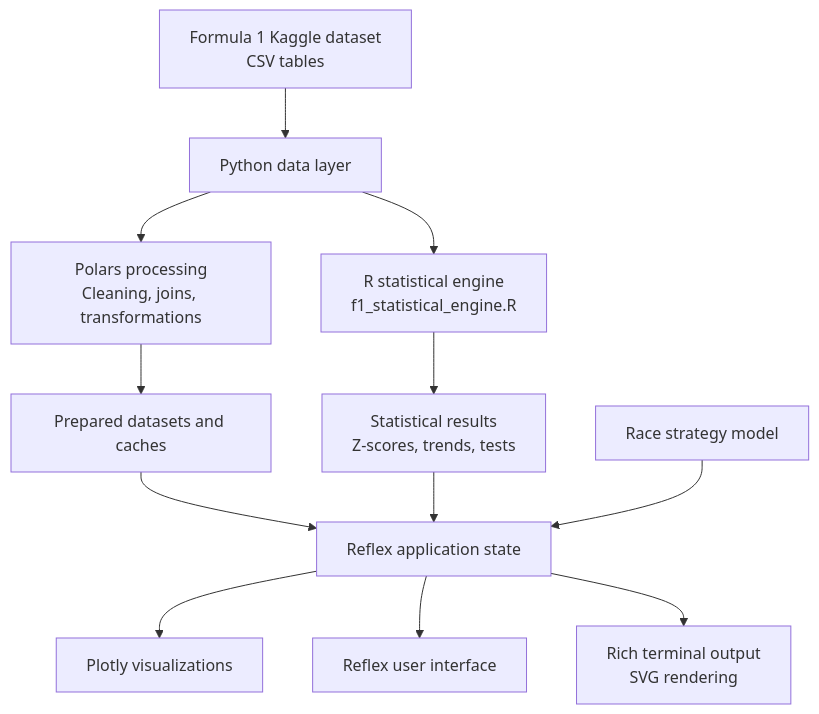
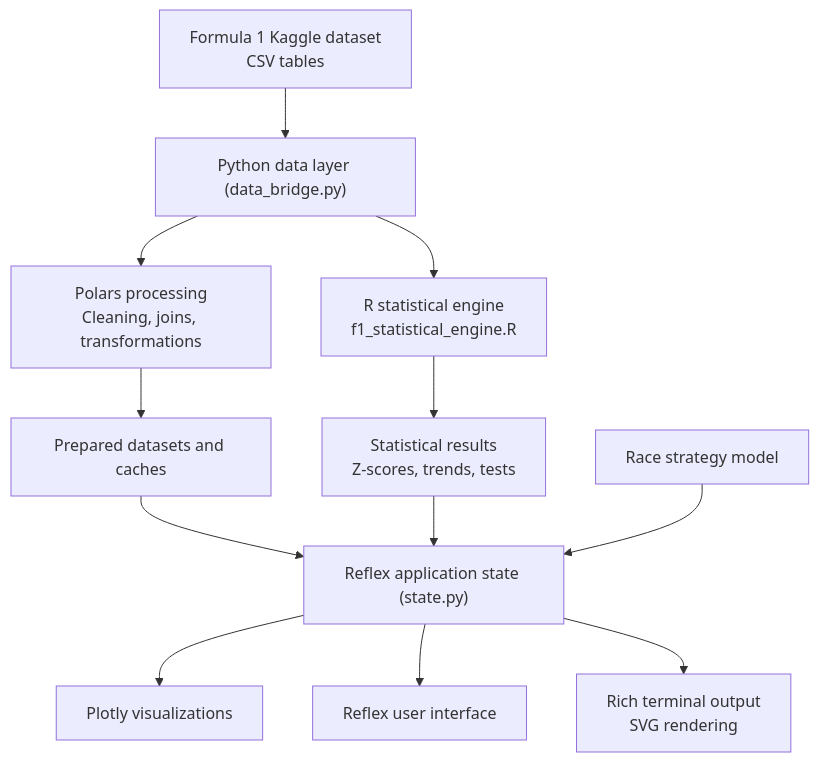
The diagram in README.md (NishanthdevX/APEX---F1-), drawn with Mermaid before and after one commit. The commit also changed other lines of this file and 1 other file, not shown here.

Commit message:
fix(docs): fix LaTeX equations syntax, navigation anchors, and dataset paths in README.md

````diff
--- a/README.md
+++ b/README.md
@@ -99,14 +156,14 @@
 ```mermaid
 flowchart TD
-    A[Formula 1 Kaggle dataset\nCSV tables] --> B[Python data layer]
-    B --> C[Polars processing\nCleaning, joins, transformations]
-    B --> D[R statistical engine\nf1_statistical_engine.R]
-    C --> E[Prepared datasets and caches]
-    D --> F[Statistical results\nZ-scores, trends, tests]
-    E --> G[Reflex application state]
+    A["Formula 1 Kaggle dataset<br>CSV tables"] --> B["Python data layer (data_bridge.py)"]
+    B --> C["Polars processing<br>Cleaning, joins, transformations"]
+    B --> D["R statistical engine<br>f1_statistical_engine.R"]
+    C --> E["Prepared datasets and caches"]
+    D --> F["Statistical results<br>Z-scores, trends, tests"]
+    E --> G["Reflex application state (state.py)"]
     F --> G
-    H[Race strategy model] --> G
-    G --> I[Plotly visualizations]
-    G --> J[Reflex user interface]
-    G --> K[Rich terminal output\nSVG rendering]
+    H["Race strategy model"] --> G
+    G --> I["Plotly visualizations"]
+    G --> J["Reflex user interface"]
+    G --> K["Rich terminal output<br>SVG rendering"]
 ```
````
